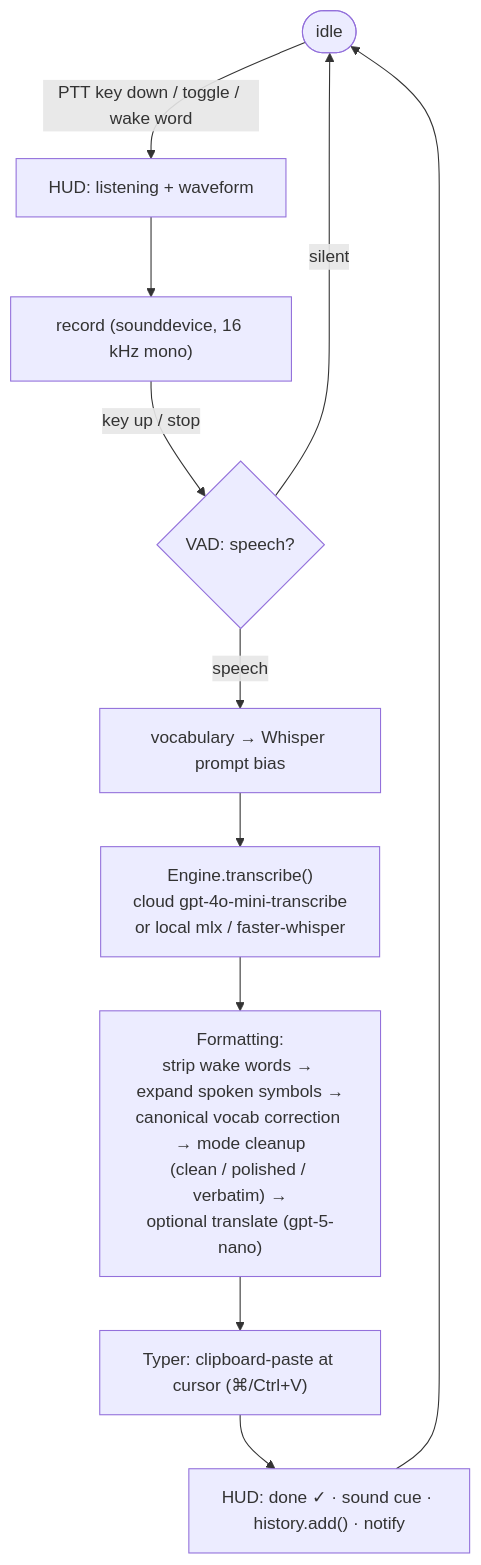
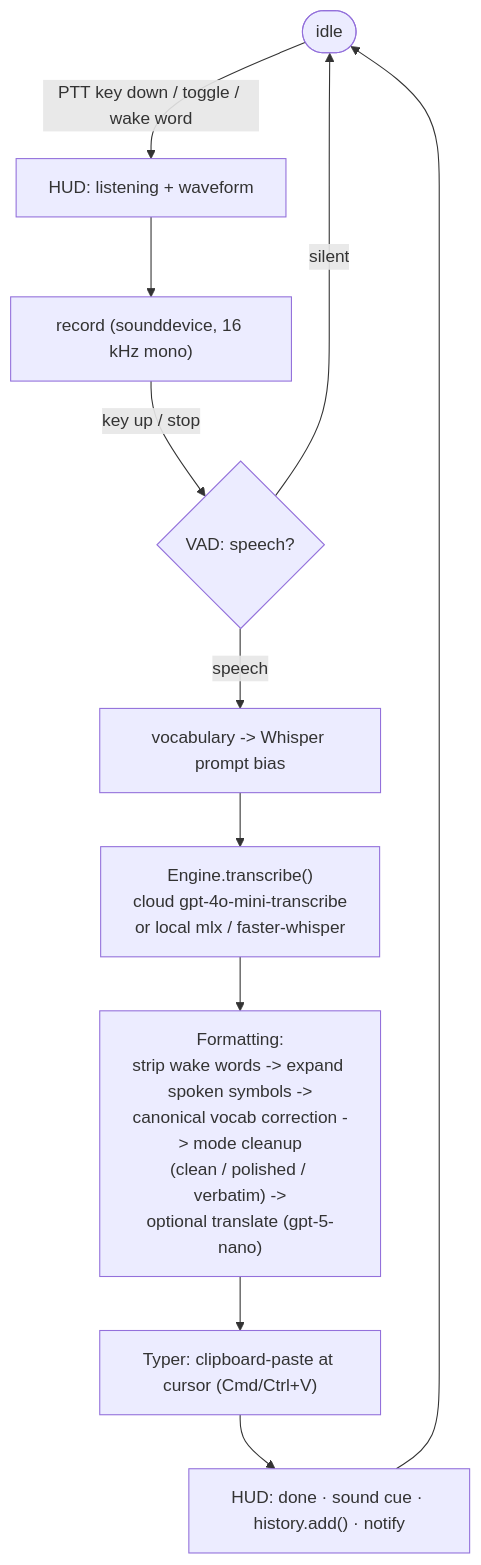
The second of 3 diagrams in README.md (romiteld/yapper), drawn with Mermaid before and after one commit. The commit also changed other lines of this file, not shown here.

````diff
--- a/README.md
+++ b/README.md
@@ -62,13 +64,13 @@
 ```mermaid
 flowchart TD
     idle(["idle"]) -->|"PTT key down / toggle / wake word"| listen["HUD: listening + waveform"]
     listen --> record["record (sounddevice, 16 kHz mono)"]
     record -->|"key up / stop"| vad{"VAD: speech?"}
     vad -->|"silent"| idle
-    vad -->|"speech"| bias["vocabulary → Whisper prompt bias"]
+    vad -->|"speech"| bias["vocabulary -> Whisper prompt bias"]
     bias --> stt["Engine.transcribe()<br/>cloud gpt-4o-mini-transcribe<br/>or local mlx / faster-whisper"]
-    stt --> fmt["Formatting:<br/>strip wake words → expand spoken symbols →<br/>canonical vocab correction → mode cleanup<br/>(clean / polished / verbatim) →<br/>optional translate (gpt-5-nano)"]
-    fmt --> paste["Typer: clipboard-paste at cursor (⌘/Ctrl+V)"]
-    paste --> done["HUD: done ✓ · sound cue · history.add() · notify"]
+    stt --> fmt["Formatting:<br/>strip wake words -> expand spoken symbols -><br/>canonical vocab correction -> mode cleanup<br/>(clean / polished / verbatim) -><br/>optional translate (gpt-5-nano)"]
+    fmt --> paste["Typer: clipboard-paste at cursor (Cmd/Ctrl+V)"]
+    paste --> done["HUD: done · sound cue · history.add() · notify"]
     done --> idle
 ```
````
